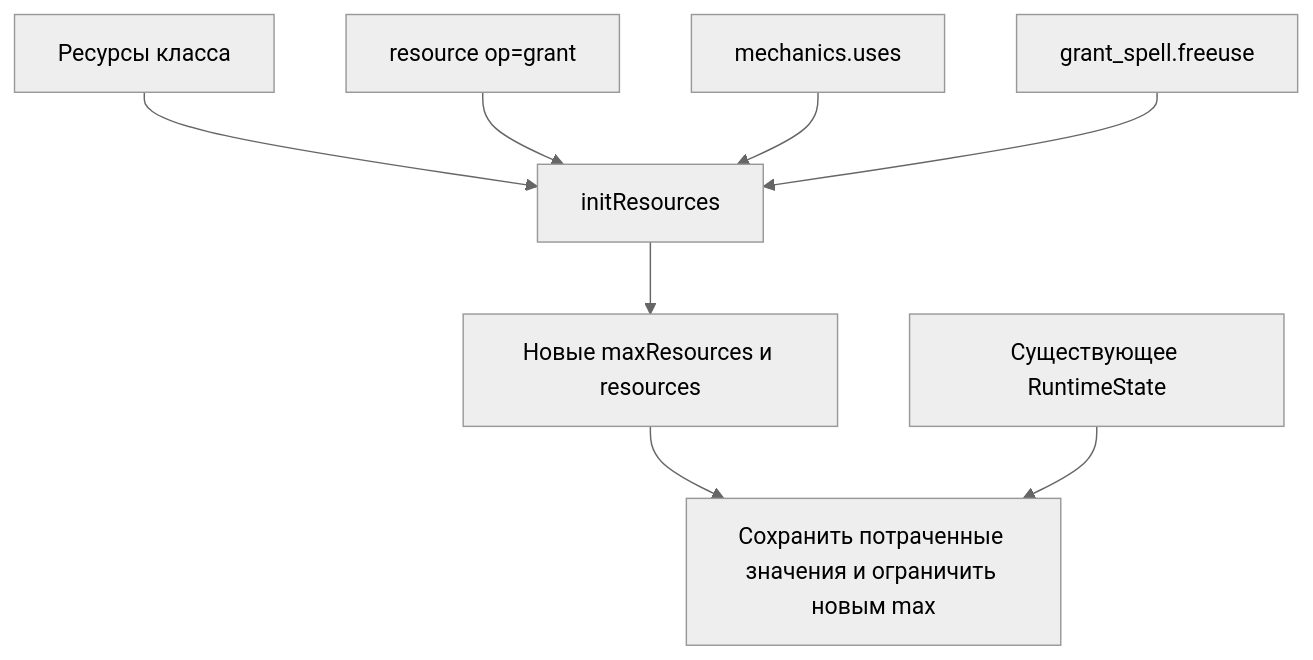
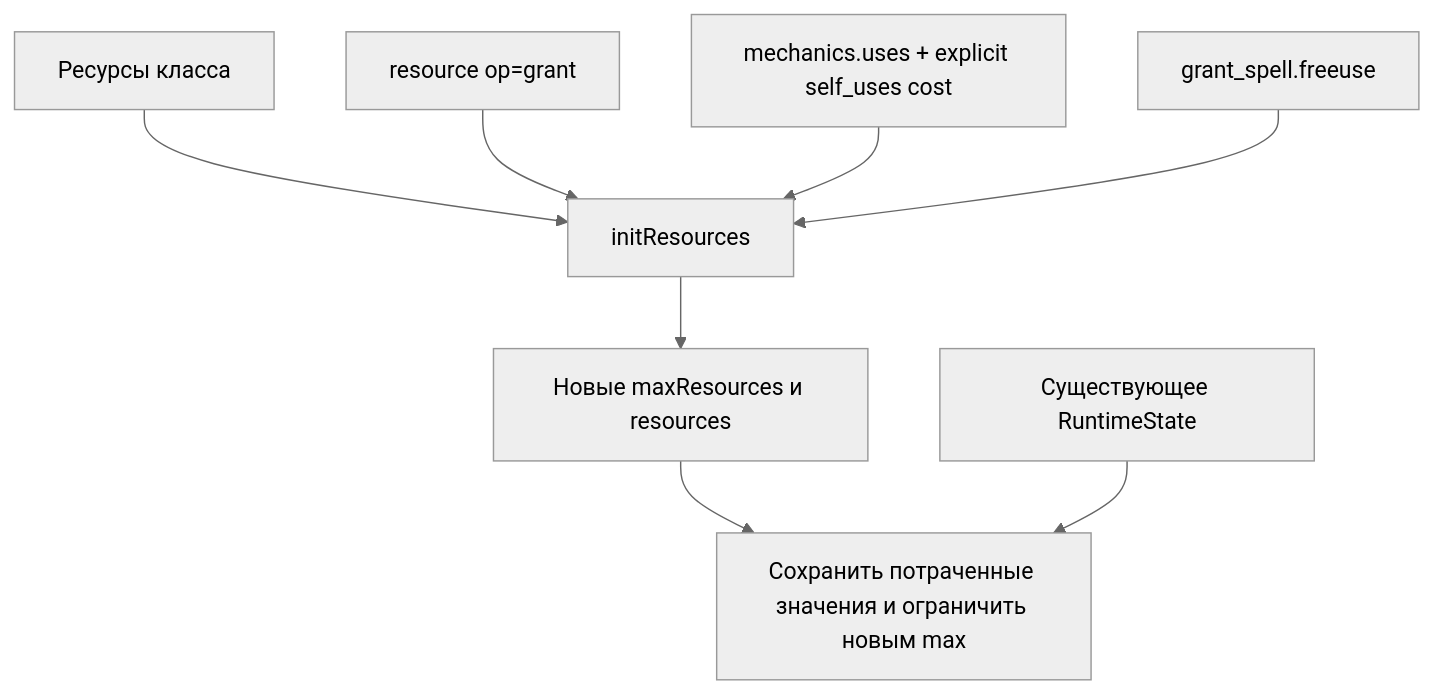
Before and after one commit to alexeyvilmost/dnd_cards: diagram 14 of 18 in docs/engine/README.md, drawn with Mermaid (neutral theme). The commit also changed other lines of this file and 611 other files, not shown here.

````diff
--- a/docs/engine/README.md
+++ b/docs/engine/README.md
@@ -907,19 +922,19 @@
 ```mermaid
 flowchart TD
     ClassRes["Ресурсы класса"]
     Grants["resource op=grant"]
-    Uses["mechanics.uses"]
+    Uses["mechanics.uses + explicit self_uses cost"]
     Freeuse["grant_spell.freeuse"]
     Init["initResources"]
     Fresh["Новые maxResources и resources"]
     Existing["Существующее RuntimeState"]
     Sync["Сохранить потраченные значения и ограничить новым max"]
 
     ClassRes --> Init
     Grants --> Init
     Uses --> Init
     Freeuse --> Init
     Init --> Fresh
     Fresh --> Sync
     Existing --> Sync
 ```
````
